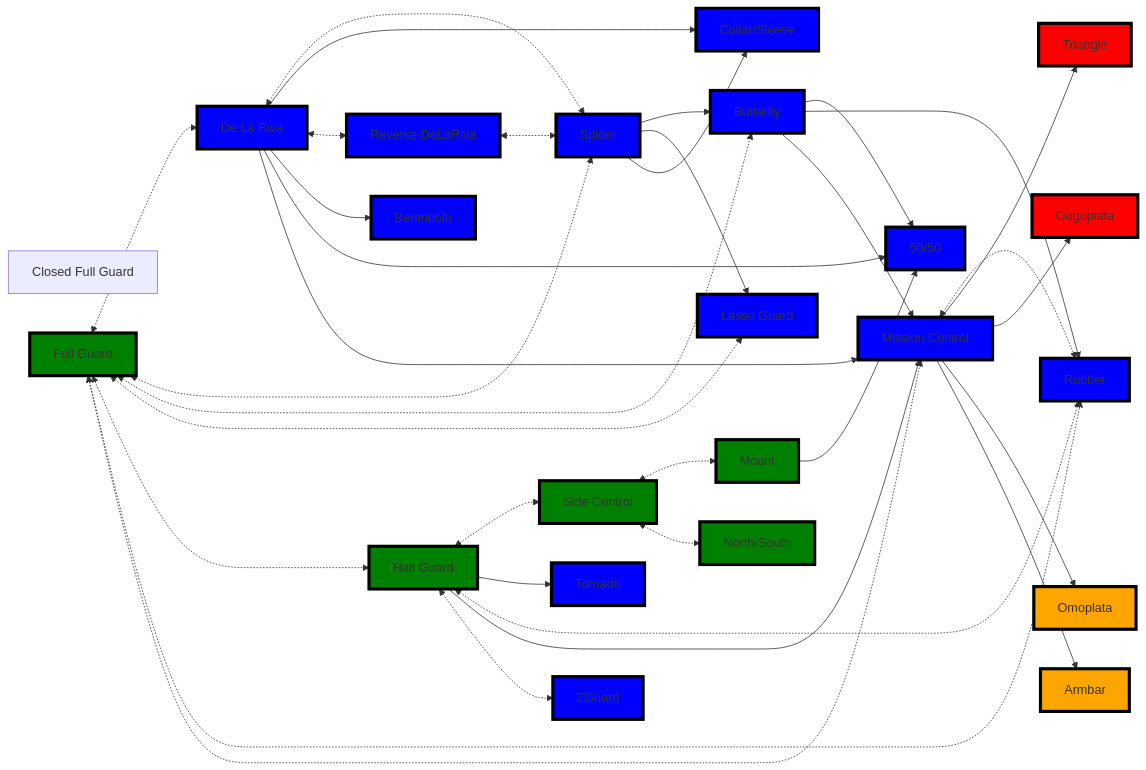
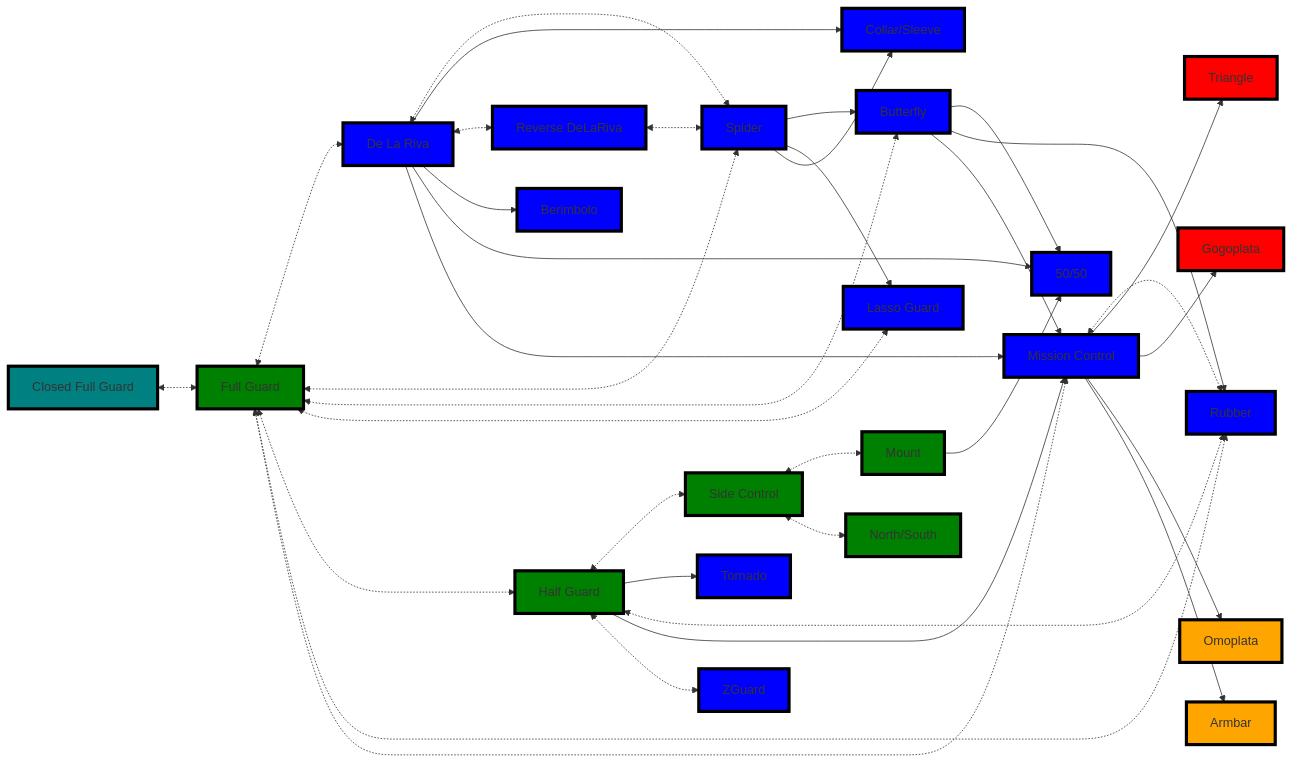
The diagram in _Fitness/MMA/Untitled.md (jacgit18/DevHiveMind), drawn with Mermaid before and after one commit. The commit also changed 1 other file, not shown here.

Commit message:
M "_Fitness/MMA/Guards Directory.md"  M _Fitness/MMA/Untitled.md

```diff
--- a/_Fitness/MMA/Untitled.md
+++ b/_Fitness/MMA/Untitled.md
@@ -25,6 +25,7 @@
 	3[Omoplata]
 	4[Armbar]
 
+	Closed <-.-> A
     A <-.-> B
     A <-.-> C
     A <-.-> D
@@ -63,6 +64,8 @@
 	R --> 2
 	R --> 3 
 	R --> 4 
+
+style Closed fill:teal,stroke:black,stroke-width:4px,shadow:shadow
 
 style A fill:green,stroke:black,stroke-width:4px,shadow:shadow
 
```
